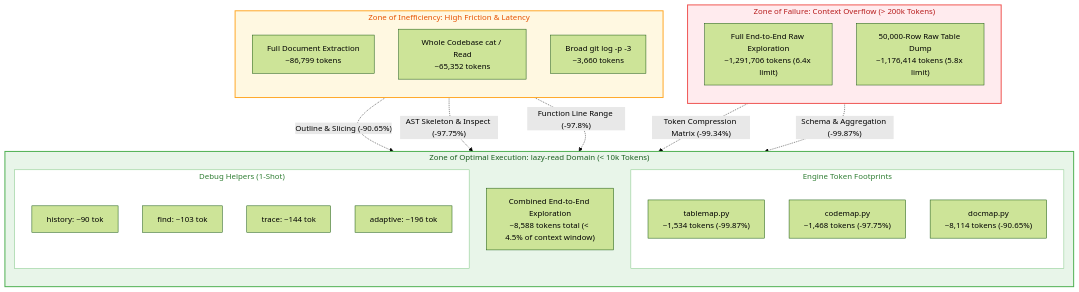
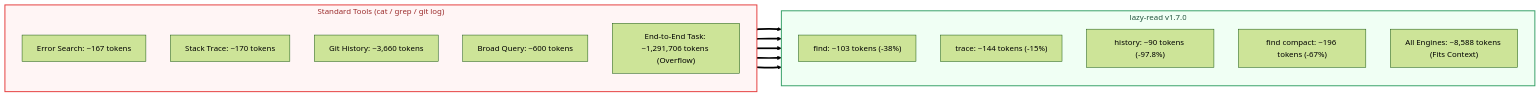
Before and after one commit to kuihaphanich2542-prog/lazy-read: the diagram in README.md, drawn with Mermaid (forest theme). The commit also changed other lines of this file, not shown here.

Commit message:
docs: simplify visual test comparison to ultra-clean side-by-side flow

````diff
--- a/README.md
+++ b/README.md
@@ -79,43 +77,29 @@
 ```mermaid
-graph TD
-    subgraph OVERFLOW ["Zone of Failure: Context Overflow (> 200k Tokens)"]
+flowchart LR
+    subgraph BEFORE ["Standard Tools (cat / grep / git log)"]
         direction TB
-        RawAll["Full End-to-End Raw Exploration<br/>~1,291,706 tokens (6.4x limit)"]
-        RawTab["50,000-Row Raw Table Dump<br/>~1,176,414 tokens (5.8x limit)"]
+        B1["Error Search: ~167 tokens"]
+        B2["Stack Trace: ~170 tokens"]
+        B3["Git History: ~3,660 tokens"]
+        B4["Broad Query: ~600 tokens"]
+        B5["End-to-End Task: ~1,291,706 tokens (Overflow)"]
     end
 
-    subgraph WORKABLE ["Zone of Inefficiency: High Friction & Latency"]
+    subgraph AFTER ["lazy-read v1.7.0"]
         direction TB
-        RawDoc["Full Document Extraction<br/>~86,799 tokens"]
-        RawCode["Whole Codebase cat / Read<br/>~65,352 tokens"]
-        GitLog["Broad git log -p -3<br/>~3,660 tokens"]
+        A1["find: ~103 tokens (-38%)"]
+        A2["trace: ~144 tokens (-15%)"]
+        A3["history: ~90 tokens (-97.8%)"]
+        A4["find compact: ~196 tokens (-67%)"]
+        A5["All Engines: ~8,588 tokens (Fits Context)"]
     end
 
-    subgraph OPTIMIZED ["Zone of Optimal Execution: lazy-read Domain (< 10k Tokens)"]
-        direction TB
-        subgraph CLUSTER_ENGINES ["Engine Token Footprints"]
-            E_Tab["tablemap.py<br/>~1,534 tokens (-99.87%)"]
-            E_Code["codemap.py<br/>~1,468 tokens (-97.75%)"]
-            E_Doc["docmap.py<br/>~8,114 tokens (-90.65%)"]
-        end
-        subgraph CLUSTER_DEBUG ["Debug Helpers (1-Shot)"]
-            D_Hist["history: ~90 tok"]
-            D_Find["find: ~103 tok"]
-            D_Trace["trace: ~144 tok"]
-            D_Broad["adaptive: ~196 tok"]
-        end
-        SafeEnd["Combined End-to-End Exploration<br/>~8,588 tokens total (< 4.5% of context window)"]
-    end
+    B1 ==> A1
+    B2 ==> A2
+    B3 ==> A3
+    B4 ==> A4
+    B5 ==> A5
 
-    RawAll -.->|"Token Compression Matrix (-99.34%)"| SafeEnd
-    RawTab -.->|"Schema & Aggregation (-99.87%)"| E_Tab
-    RawDoc -.->|"Outline & Slicing (-90.65%)"| E_Doc
-    RawCode -.->|"AST Skeleton & Inspect (-97.75%)"| E_Code
-    GitLog -.->|"Function Line Range (-97.8%)"| D_Hist
-
-    style OVERFLOW fill:#ffebee,stroke:#ef5350,stroke-width:2px,color:#b71c1c
-    style WORKABLE fill:#fff8e1,stroke:#ffa726,stroke-width:2px,color:#e65100
-    style OPTIMIZED fill:#e8f5e9,stroke:#4caf50,stroke-width:2px,color:#1b5e20
-    style CLUSTER_ENGINES fill:#ffffff,stroke:#81c784,stroke-width:1px,color:#2e7d32
-    style CLUSTER_DEBUG fill:#ffffff,stroke:#81c784,stroke-width:1px,color:#2e7d32
+    style BEFORE fill:#fff5f5,stroke:#e53e3e,stroke-width:2px,color:#9b2c2c
+    style AFTER fill:#f0fff4,stroke:#38a169,stroke-width:2px,color:#22543d
 ```
````
